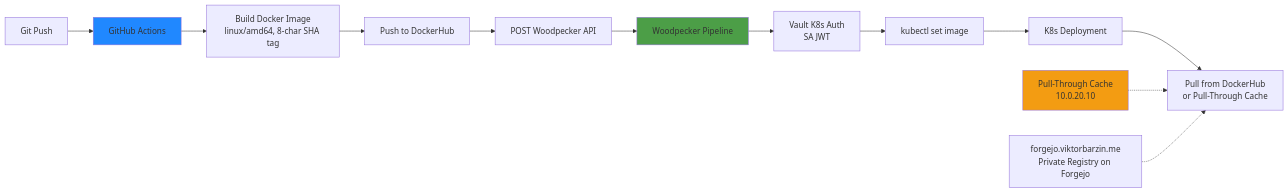
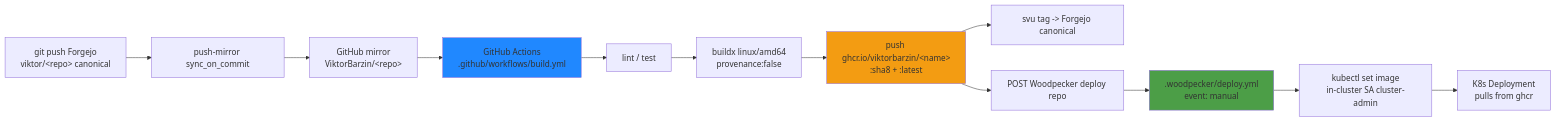
The diagram in docs/architecture/ci-cd.md (ViktorBarzin/infra), drawn with Mermaid before and after one commit. The commit also changed other lines of this file and 5 other files, not shown here.

````diff
--- a/docs/architecture/ci-cd.md
+++ b/docs/architecture/ci-cd.md
@@ -9,19 +21,18 @@
 ```mermaid
 graph LR
-    A[Git Push] --> B[GitHub Actions]
-    B --> C[Build Docker Image<br/>linux/amd64, 8-char SHA tag]
-    C --> D[Push to DockerHub]
-    D --> E[POST Woodpecker API]
-    E --> F[Woodpecker Pipeline]
-    F --> G[Vault K8s Auth<br/>SA JWT]
-    G --> H[kubectl set image]
-    H --> I[K8s Deployment]
-    I --> J[Pull from DockerHub<br/>or Pull-Through Cache]
+    A[git push Forgejo<br/>viktor/&lt;repo&gt; canonical] --> B[push-mirror sync_on_commit]
+    B --> C[GitHub mirror<br/>ViktorBarzin/&lt;repo&gt;]
+    C --> D[GitHub Actions<br/>.github/workflows/build.yml]
+    D --> E[lint / test]
+    E --> F[buildx linux/amd64<br/>provenance:false]
+    F --> G[push ghcr.io/viktorbarzin/&lt;name&gt;<br/>:sha8 + :latest]
+    G --> H[svu tag -> Forgejo canonical]
+    G --> I[POST Woodpecker deploy repo]
+    I --> J[.woodpecker/deploy.yml<br/>event: manual]
+    J --> K[kubectl set image<br/>in-cluster SA cluster-admin]
+    K --> L[K8s Deployment<br/>pulls from ghcr]
 
-    K[Pull-Through Cache<br/>10.0.20.10] -.-> J
-    L[forgejo.viktorbarzin.me<br/>Private Registry on Forgejo] -.-> J
-
-    style B fill:#2088ff
-    style F fill:#4c9e47
-    style K fill:#f39c12
+    style D fill:#2088ff
+    style J fill:#4c9e47
+    style G fill:#f39c12
 ```
````
